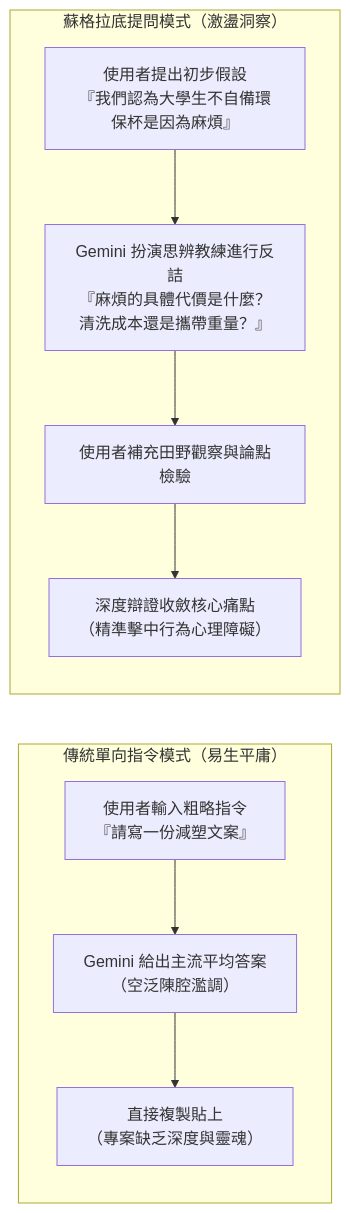
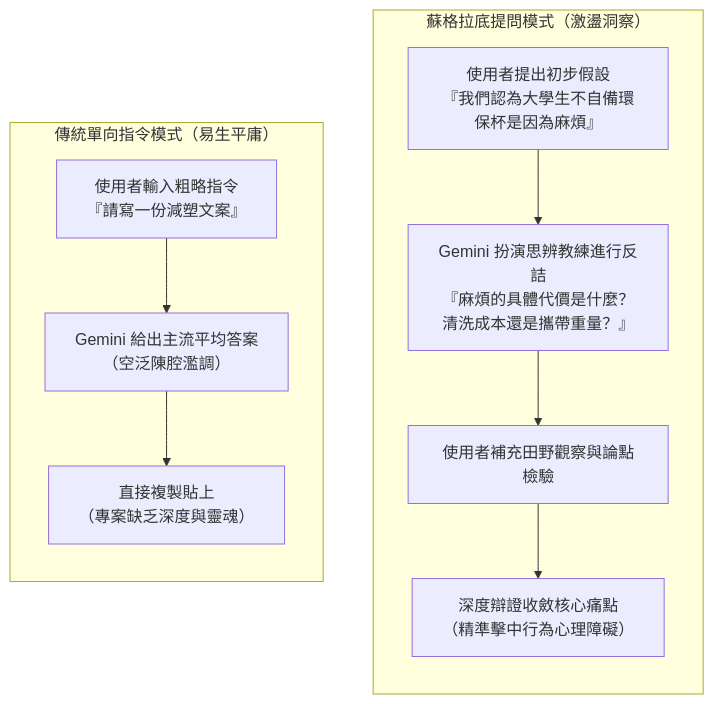
The second of 3 diagrams in 02_AI_ML原理與思辨.md (sungchien/Content-Design), drawn with Mermaid before and after one commit. The commit also changed other lines of this file and 4 other files, not shown here.

````diff
--- a/02_AI_ML原理與思辨.md
+++ b/02_AI_ML原理與思辨.md
@@ -152,14 +230,18 @@
 ```mermaid
 flowchart LR
     subgraph Passive["傳統單向指令模式（易生平庸）"]
+        direction TB
         U1["使用者輸入粗略指令<br/>『請寫一份減塑文案』"] --> AI1["Gemini 給出主流平均答案<br/>（空泛陳腔濫調）"]
         AI1 --> End1["直接複製貼上<br/>（專案缺乏深度與靈魂）"]
     end
 
     subgraph Socratic["蘇格拉底提問模式（激盪洞察）"]
+        direction TB
         U2["使用者提出初步假設<br/>『我們認為大學生不自備環保杯是因為麻煩』"] --> AI2["Gemini 扮演思辨教練進行反詰<br/>『麻煩的具體代價是什麼？清洗成本還是攜帶重量？』"]
         AI2 --> U3["使用者補充田野觀察與論點檢驗"]
         U3 --> AI3["深度辯證收斂核心痛點<br/>（精準擊中行為心理障礙）"]
     end
 
+    Passive ~~~ Socratic
+
 ```
````
